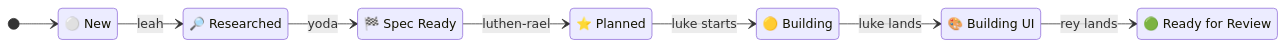
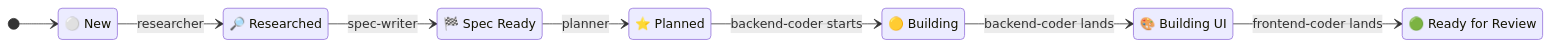
The third of 5 diagrams in docs/specs/2026-09-05-agent-ledger-and-status-bars.md (kigster/openlanes), drawn with Mermaid before and after one commit. The commit also changed other lines of this file and 719 other files, not shown here.

````diff
--- a/docs/specs/2026-09-05-agent-ledger-and-status-bars.md
+++ b/docs/specs/2026-09-05-agent-ledger-and-status-bars.md
@@ -216,19 +216,19 @@
 ```mermaid
 stateDiagram-v2
     direction LR
     [*] --> New
     New: ⚪️ New
     Researched: 🔎 Researched
     SpecReady: 🏁 Spec Ready
     Planned: ⭐️ Planned
     Building: 🟡 Building
     BuildingUI: 🎨 Building UI
     Ready: 🟢 Ready for Review
 
-    New --> Researched: leah
-    Researched --> SpecReady: yoda
-    SpecReady --> Planned: luthen-rael
-    Planned --> Building: luke starts
-    Building --> BuildingUI: luke lands
-    BuildingUI --> Ready: rey lands
+    New --> Researched: researcher
+    Researched --> SpecReady: spec-writer
+    SpecReady --> Planned: planner
+    Planned --> Building: backend-coder starts
+    Building --> BuildingUI: backend-coder lands
+    BuildingUI --> Ready: frontend-coder lands
 ```
````
